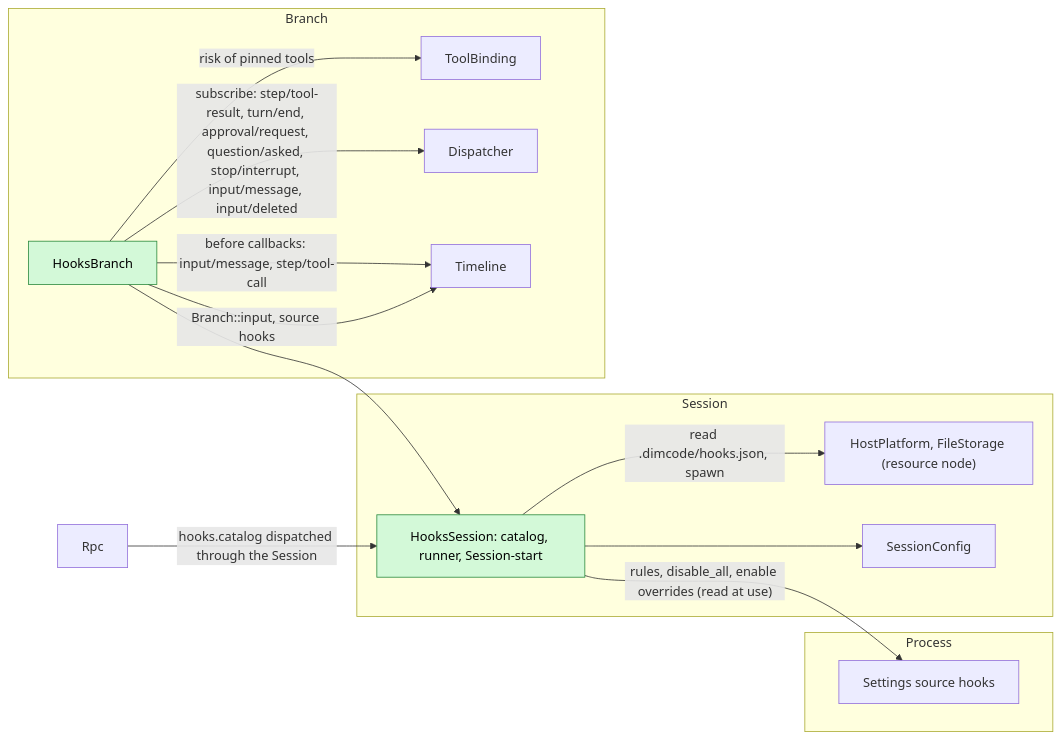
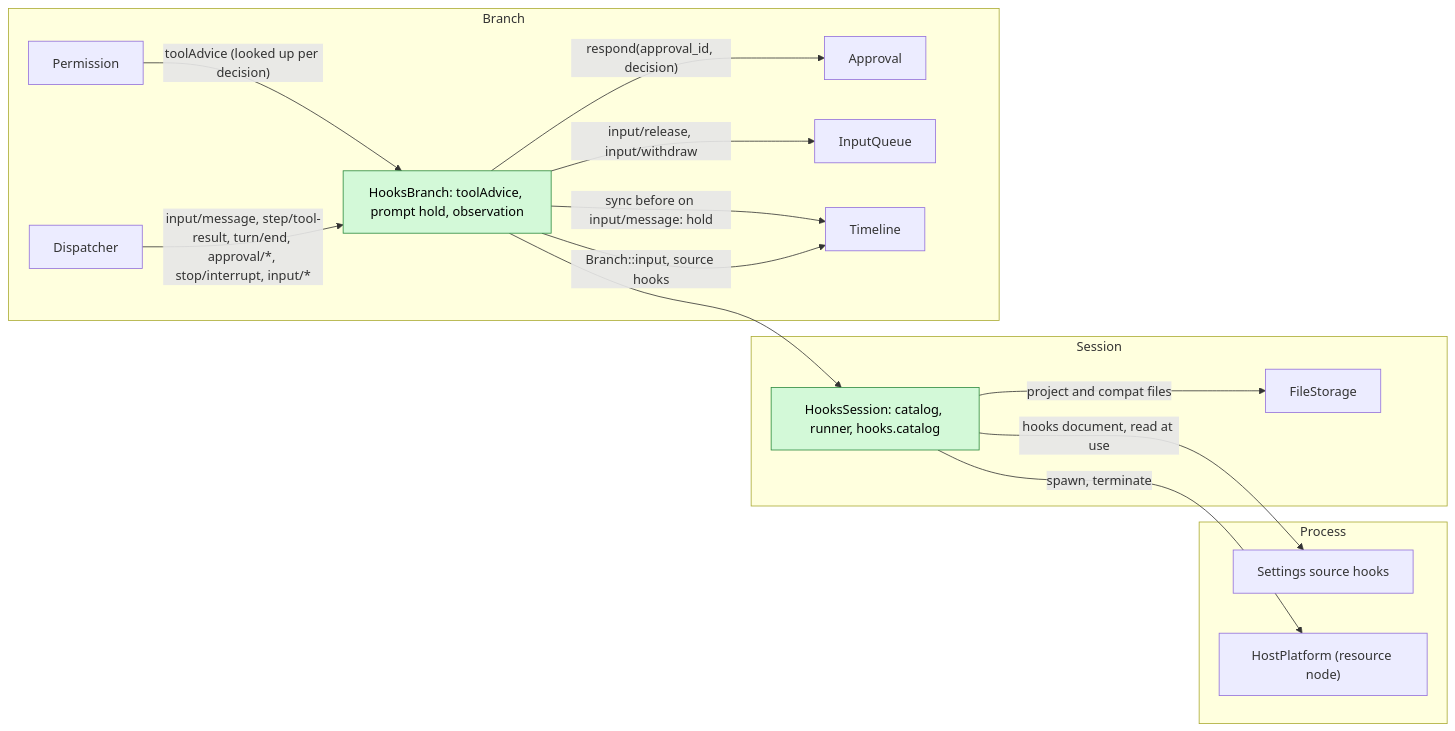
Before and after one commit to CoutinhoTTS/dim-agent: the first of 6 diagrams in docs/design/plugins/Hooks.md, drawn with Mermaid. The commit also changed other lines of this file and 8 other files, not shown here.

````diff
--- a/docs/design/plugins/Hooks.md
+++ b/docs/design/plugins/Hooks.md
@@ -11,28 +21,30 @@
 ```mermaid
 flowchart LR
   subgraph PROC["Process"]
     Settings["Settings source hooks"]
+    HP["HostPlatform (resource node)"]
   end
   subgraph SESS["Session"]
-    HS["HooksSession: catalog, runner, Session-start"]:::new
-    HP["HostPlatform, FileStorage (resource node)"]
-    CFG["SessionConfig"]
+    HS["HooksSession: catalog, runner, hooks.catalog"]:::new
+    FS["FileStorage"]
   end
   subgraph BR["Branch"]
-    HB["HooksBranch"]:::new
-    TB["ToolBinding"]
+    HB["HooksBranch: toolAdvice, prompt hold, observation"]:::new
+    PM["Permission"]
+    AP["Approval"]
+    IQ["InputQueue"]
+    TL["Timeline"]
     DP["Dispatcher"]
-    TL["Timeline"]
   end
-  Rpc["Rpc"]
-  HS -->|"rules, disable_all, enable overrides (read at use)"| Settings
-  HS -->|"read .dimcode/hooks.json, spawn"| HP
-  HS --> CFG
+  HS -->|"hooks document, read at use"| Settings
+  HS -->|"project and compat files"| FS
+  HS -->|"spawn, terminate"| HP
   HB --> HS
-  HB -->|"before callbacks: input/message, step/tool-call"| TL
-  HB -->|"risk of pinned tools"| TB
-  HB -->|"subscribe: step/tool-result, turn/end, approval/request, question/asked, stop/interrupt, input/message, input/deleted"| DP
+  PM -->|"toolAdvice (looked up per decision)"| HB
+  HB -->|"respond(approval_id, decision)"| AP
+  HB -->|"input/release, input/withdraw"| IQ
+  HB -->|"sync before on input/message: hold"| TL
   HB -->|"Branch::input, source hooks"| TL
-  Rpc -->|"hooks.catalog dispatched through the Session"| HS
+  DP -->|"input/message, step/tool-result, turn/end, approval/*, stop/interrupt, input/*"| HB
   classDef new fill:#d3f9d8,stroke:#2b8a3e,color:#000
 ```
````
